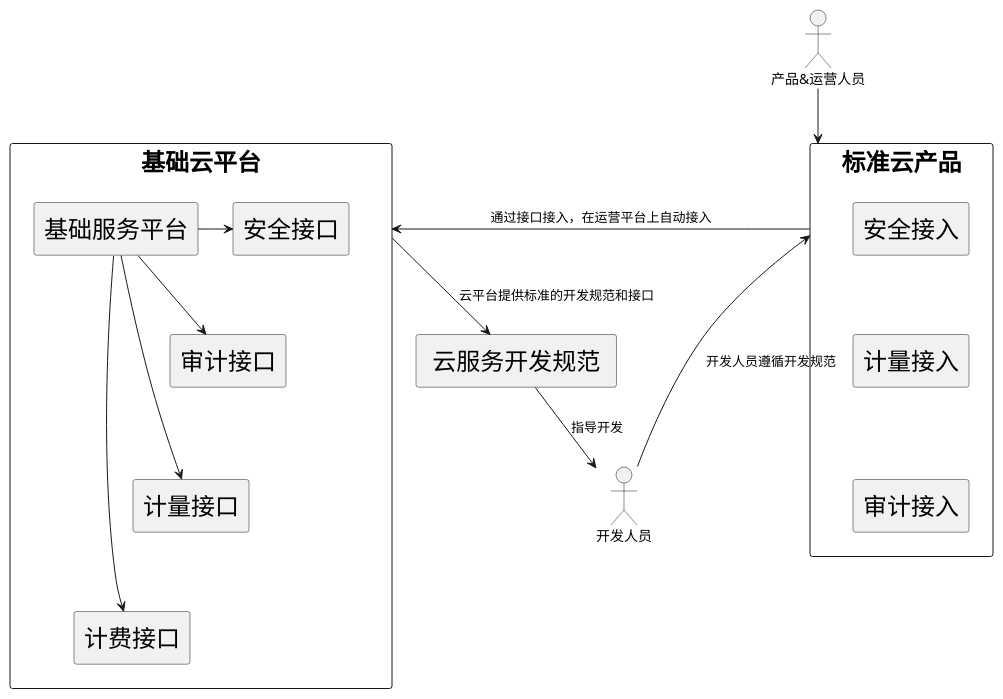
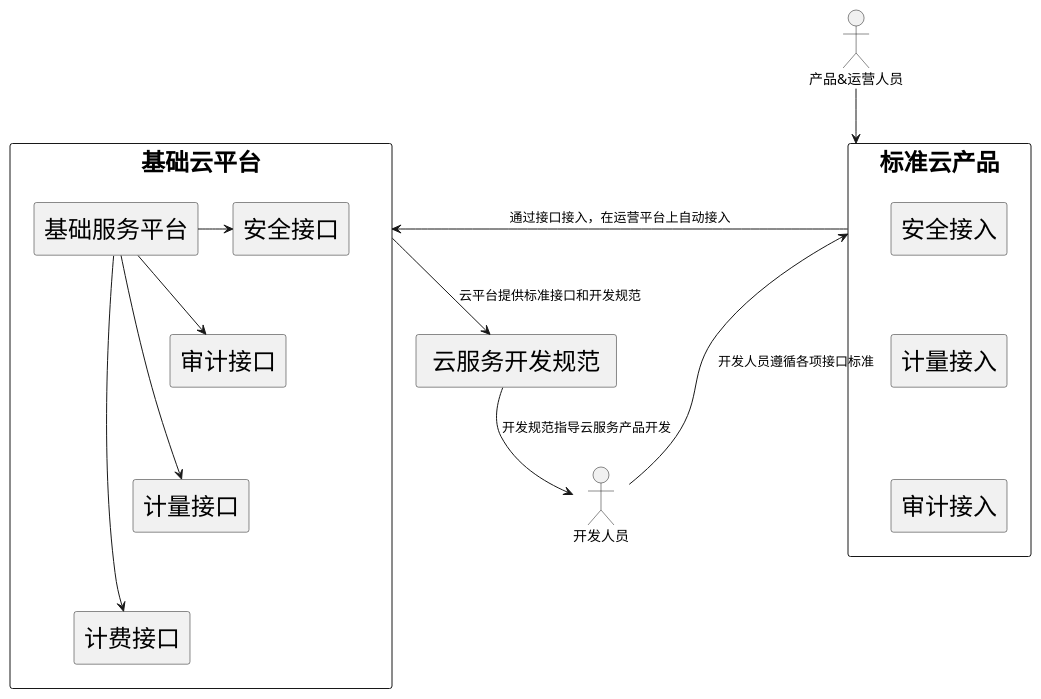
The first of 2 diagrams in content/posts/what-we-concern.md (Hyvi/hyvi.github.io), drawn with PlantUML before and after one commit. The commit also changed other lines of this file, not shown here.

````diff
--- a/content/posts/what-we-concern.md
+++ b/content/posts/what-we-concern.md
@@ -43,53 +43,53 @@
 ```plantuml
 @startuml
 
 actor "开发人员" as dev 
 actor "产品&运营人员" as run 
 
 
 skinparam RectangleFontName Papyrus
 skinparam RectangleFontSize 24
 rectangle " 云服务开发规范 " as spec {
 
 }
 
 rectangle "基础云平台"  as plat {
     rectangle "基础服务平台" as basic
     rectangle "安全接口" as basic1
     rectangle "审计接口" as basic2
     rectangle "计量接口" as basic3
     rectangle "计费接口" as basic4
 
     basic -> basic1 
     basic -> basic2
     basic -> basic3
     basic -> basic4
     basic1 -[hidden]-> basic2
     basic2 -[hidden]-> basic3
     basic3 -[hidden]-> basic4
 }
 
 
 rectangle "标准云产品" as product {
 
     rectangle "安全接入" as a 
     rectangle "计量接入" as b
     rectangle "审计接入" as c
 
     a -[hidden]-> b 
     b -[hidden]-> c
 }
 'spec -[hidden]-> plat
-plat --> spec: 云平台提供标准的开发规范和接口
+plat --> spec: 云平台提供标准接口和开发规范
 
 product -> plat: 通过接口接入，在运营平台上自动接入
 
-spec --> dev: 指导开发
+spec --> dev: 开发规范指导云服务产品开发
 
-dev -> product: 开发人员遵循开发规范
+dev -> product: 开发人员遵循各项接口标准
 
 
 run --> product
 @enduml
 @enduml
 ```
````
